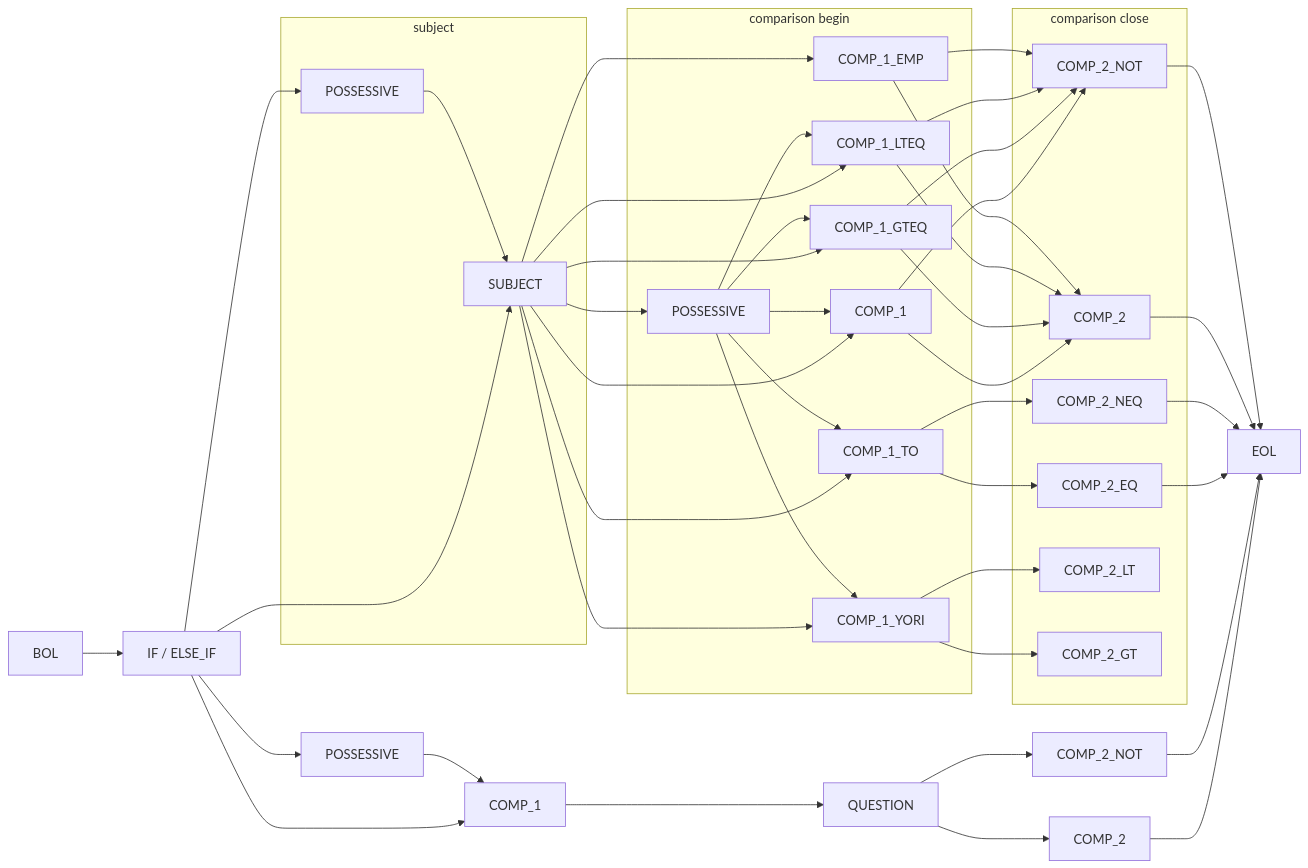
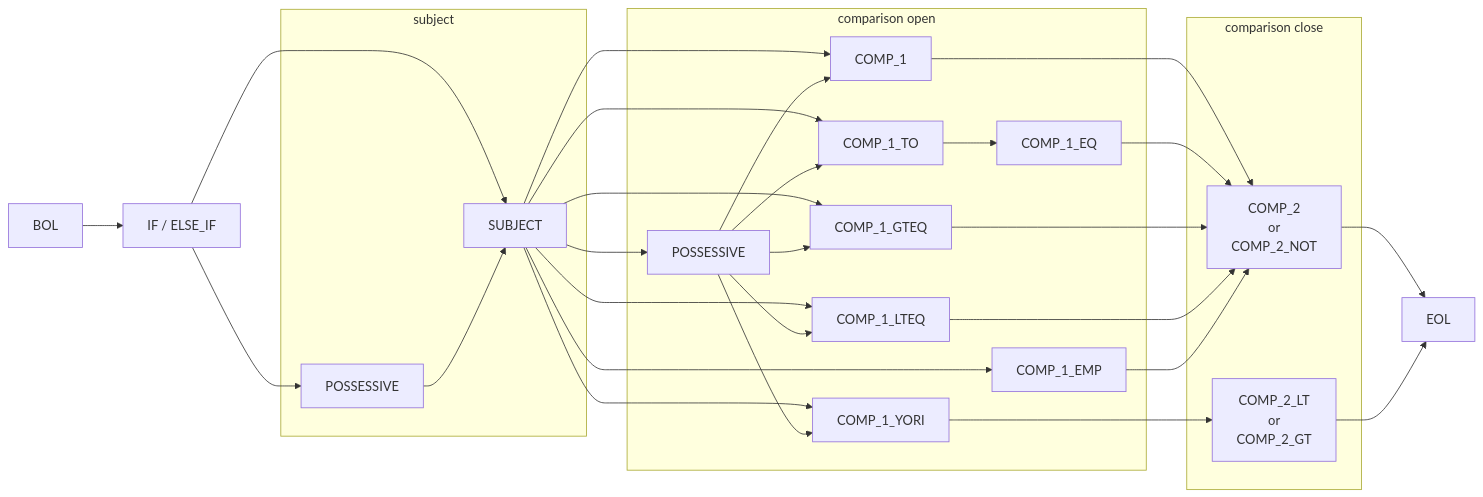
One commit to rewhowe/snapdragon changed the eighth of 12 diagrams in documentation/nfsm.md. Above: the diagram before and after it, drawn with Mermaid. The commit also changed other lines of this file and 19 other files, not shown here.

````diff
--- a/documentation/nfsm.md
+++ b/documentation/nfsm.md
@@ -171,79 +189,49 @@
 ```mermaid
 graph LR
   BOL --> IF[IF / ELSE_IF]
 
-  IF[IF / ELSE_IF] --> SUBJECT
-  IF[IF / ELSE_IF] --> COMP_BOOL_BEGIN
-  IF[IF / ELSE_IF] --> POSSESSIVE_BOOL[POSSESSIVE]
-  IF[IF / ELSE_IF] --> POSSESSIVE_1[POSSESSIVE]
+  IF --> SUBJECT
+  IF --> POSSESSIVE_1[POSSESSIVE]
 
   SUBJECT --> COMP_1
   SUBJECT --> COMP_1_TO
   SUBJECT --> COMP_1_YORI
   SUBJECT --> COMP_1_GTEQ
   SUBJECT --> COMP_1_LTEQ
   SUBJECT --> POSSESSIVE_2[POSSESSIVE]
   SUBJECT --> COMP_1_EMP
 
-  POSSESSIVE_BOOL[POSSESSIVE] --> COMP_BOOL_BEGIN[COMP_1]
-  COMP_BOOL_BEGIN[COMP_1] --> QUESTION
+  COMP_1 --> COMP_2["COMP_2<br>or<br>COMP_2_NOT"]
 
-  QUESTION --> COMP_BOOL_CLOSE[COMP_2]
-  QUESTION --> COMP_BOOL_CLOSE_NOT[COMP_2_NOT]
-
-  COMP_BOOL_CLOSE[COMP_2] --> EOL
-  COMP_BOOL_CLOSE_NOT[COMP_2_NOT] --> EOL
-
-  COMP_1 --> COMP_2
-  COMP_1 --> COMP_2_NOT
+  COMP_1_TO --> COMP_1_EQ
+  COMP_1_EQ --> COMP_2
 
   COMP_1_GTEQ --> COMP_2
-  COMP_1_GTEQ --> COMP_2_NOT
+  COMP_1_LTEQ --> COMP_2
 
-  COMP_1_LTEQ --> COMP_2
-  COMP_1_LTEQ --> COMP_2_NOT
-
-  COMP_1_TO --> COMP_2_EQ
-  COMP_1_TO --> COMP_2_NEQ
-
-  COMP_1_YORI --> COMP_2_LT
-  COMP_1_YORI --> COMP_2_GT
+  COMP_1_YORI --> COMP_2_LTGT["COMP_2_LT<br>or<br>COMP_2_GT"]
 
   COMP_1_EMP --> COMP_2
-  COMP_1_EMP --> COMP_2_NOT
-
-  COMP_2_EQ --> EOL
-
-  COMP_2_NEQ --> EOL
 
   COMP_2 --> EOL
-
-  COMP_2_NOT --> EOL
+  COMP_2_LTGT --> EOL
 
   subgraph subject
-    POSSESSIVE_1[POSSESSIVE] --> SUBJECT
+    POSSESSIVE_1 --> SUBJECT
   end
 
-  subgraph comparison begin
-    POSSESSIVE_2[POSSESSIVE] --> COMP_1
-    POSSESSIVE_2[POSSESSIVE] --> COMP_1_TO
-    POSSESSIVE_2[POSSESSIVE] --> COMP_1_YORI
-    POSSESSIVE_2[POSSESSIVE] --> COMP_1_GTEQ
-    POSSESSIVE_2[POSSESSIVE] --> COMP_1_LTEQ
+  subgraph comparison open
+    POSSESSIVE_2 --> COMP_1
+    POSSESSIVE_2 --> COMP_1_TO
+    POSSESSIVE_2 --> COMP_1_YORI
+    POSSESSIVE_2 --> COMP_1_GTEQ
+    POSSESSIVE_2 --> COMP_1_LTEQ
+    COMP_1_EQ
     COMP_1_EMP
   end
 
   subgraph comparison close
     COMP_2
-
-    COMP_2_NOT
-
-    COMP_2_LT
-
-    COMP_2_GT
-
-    COMP_2_EQ
-
-    COMP_2_NEQ
+    COMP_2_LTGT
   end
 ```
````
